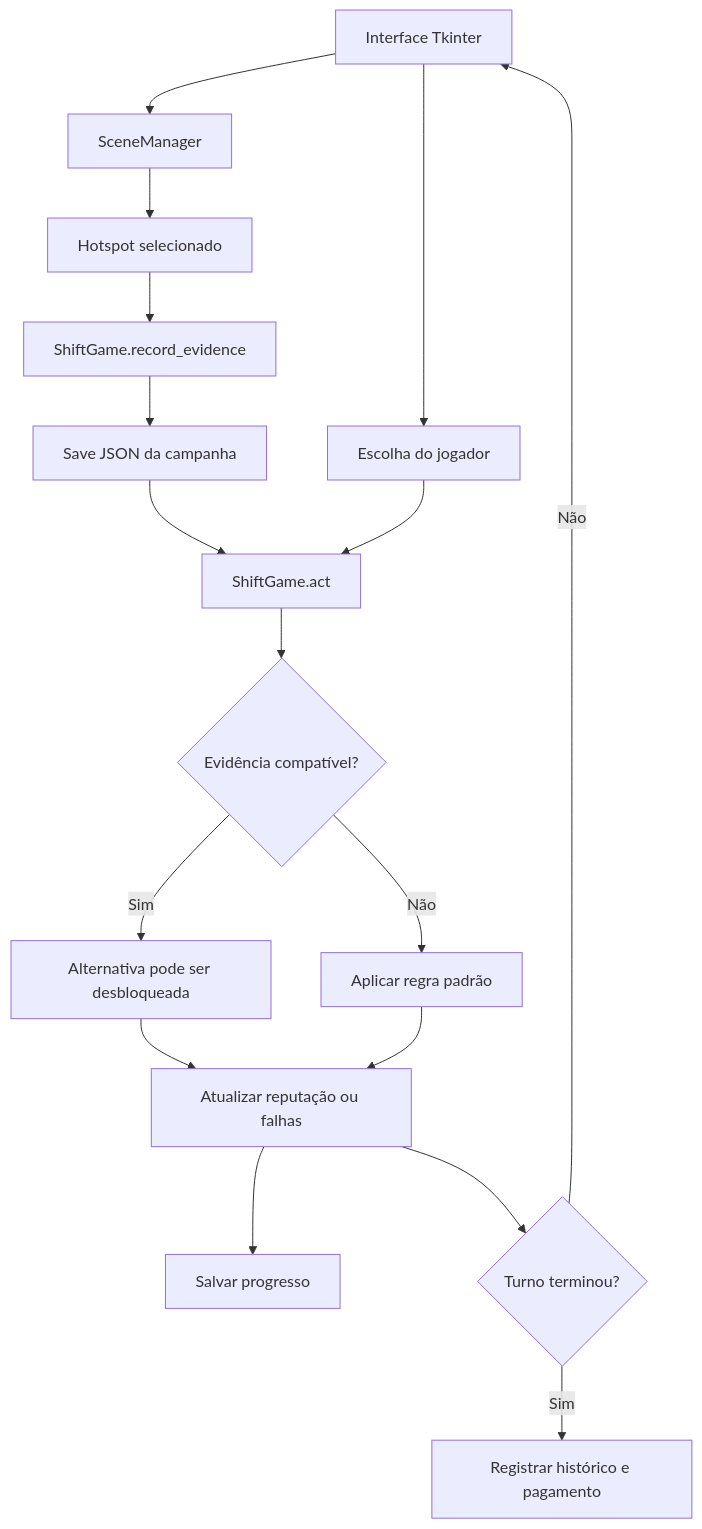
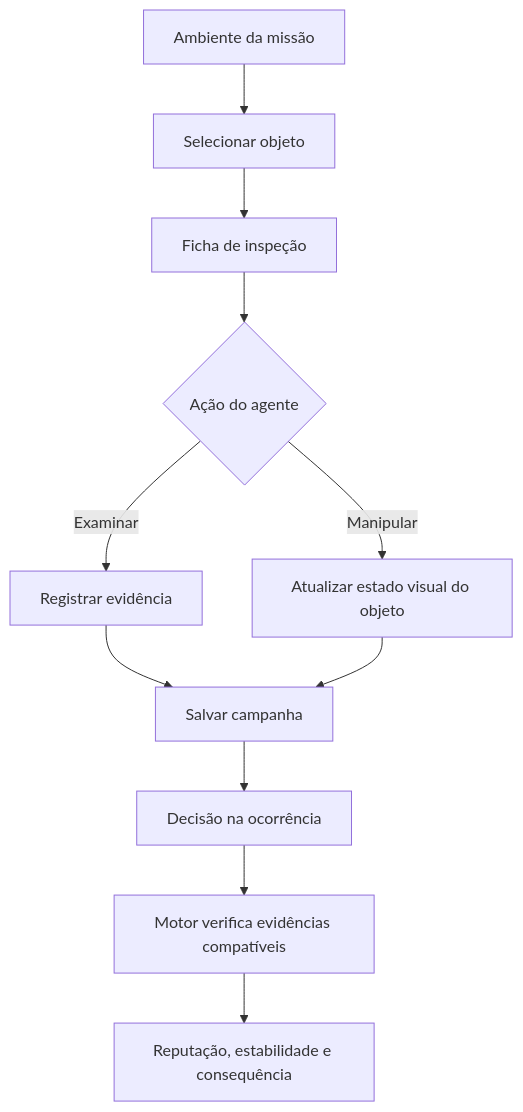
The diagram in docs/PLANO_TECNICO_TURNOS_ZERO.md (Dev-Douglas1/Turnos_Zero), drawn with Mermaid before and after one commit. The commit also changed other lines of this file and 2 other files, not shown here.

Commit message:
Atualizar plano de implementação e roteiro de apresentação

````diff
--- a/docs/PLANO_TECNICO_TURNOS_ZERO.md
+++ b/docs/PLANO_TECNICO_TURNOS_ZERO.md
@@ -85,19 +122,13 @@
 ```mermaid
 flowchart TD
-    A[Interface Tkinter] --> B[SceneManager]
-    B --> C[Hotspot selecionado]
-    C --> D[ShiftGame.record_evidence]
-    D --> E[Save JSON da campanha]
-    A --> F[Escolha do jogador]
-    E --> G[ShiftGame.act]
+    A[Ambiente da missão] --> B[Selecionar objeto]
+    B --> C[Ficha de inspeção]
+    C --> D{Ação do agente}
+    D -->|Examinar| E[Registrar evidência]
+    D -->|Manipular| F[Atualizar estado visual do objeto]
+    E --> G[Salvar campanha]
     F --> G
-    G --> H{Evidência compatível?}
-    H -->|Sim| I[Alternativa pode ser desbloqueada]
-    H -->|Não| J[Aplicar regra padrão]
-    I --> K[Atualizar reputação ou falhas]
-    J --> K
-    K --> L[Salvar progresso]
-    K --> M{Turno terminou?}
-    M -->|Sim| N[Registrar histórico e pagamento]
-    M -->|Não| A
+    G --> H[Decisão na ocorrência]
+    H --> I[Motor verifica evidências compatíveis]
+    I --> J[Reputação, estabilidade e consequência]
 ```
````
